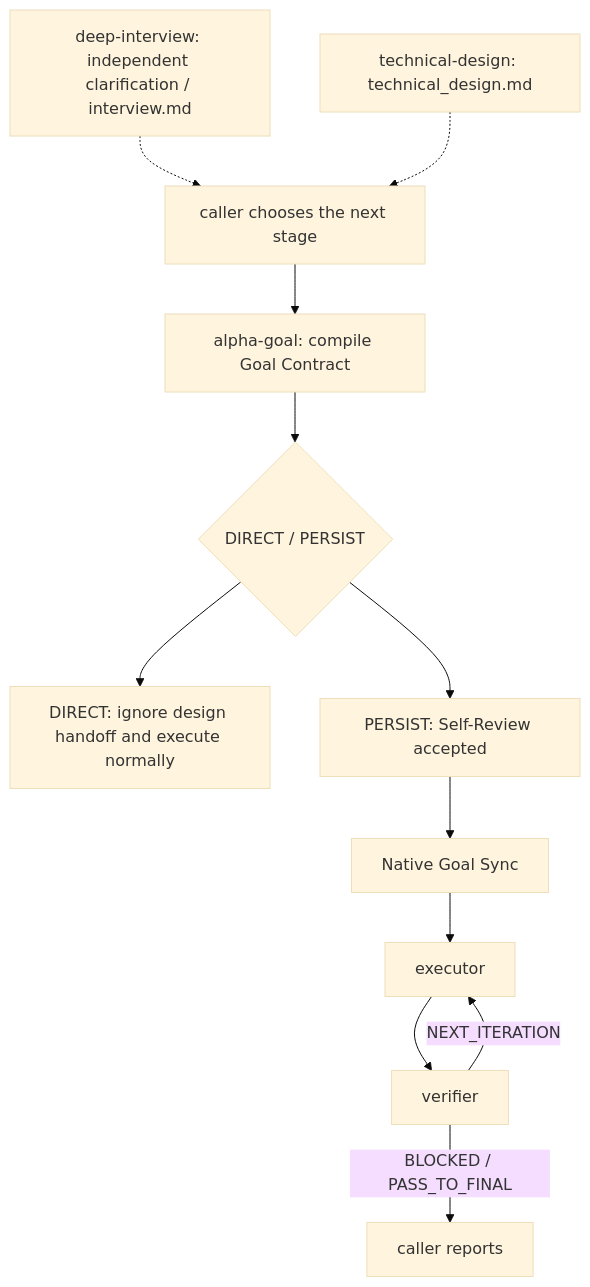
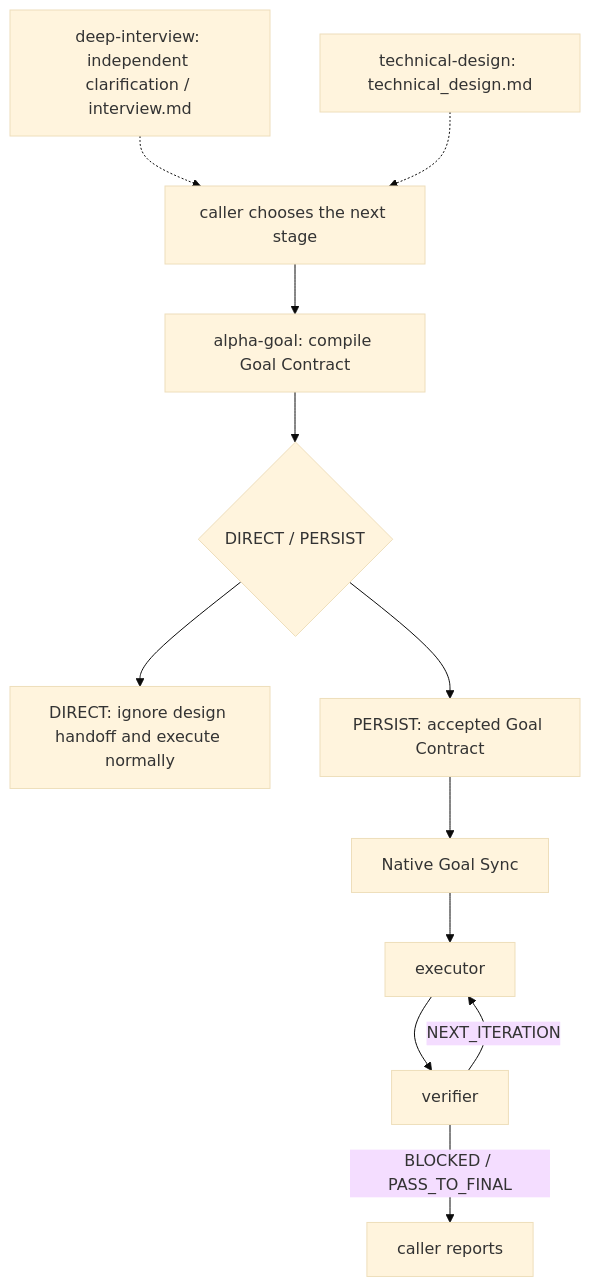
One commit to azhonglee/alpha-goal changed the diagram in README.en.md. Above: the diagram before and after it, drawn with Mermaid (base theme). The commit also changed other lines of this file and 10 other files, not shown here.

Commit message:
Simplify Goal Contract constraints

````diff
--- a/README.en.md
+++ b/README.en.md
@@ -42,14 +42,14 @@
 ```mermaid
 flowchart TD
   I["deep-interview: independent clarification / interview.md"] -.-> C["caller chooses the next stage"]
   T["technical-design: technical_design.md"] -.-> C
   C --> A["alpha-goal: compile Goal Contract"]
   A --> R{"DIRECT / PERSIST"}
   R --> D["DIRECT: ignore design handoff and execute normally"]
-  R --> P["PERSIST: Self-Review accepted"]
+  R --> P["PERSIST: accepted Goal Contract"]
   P --> S["Native Goal Sync"]
   S --> E["executor"]
   E --> V["verifier"]
   V -->|"NEXT_ITERATION"| E
   V -->|"BLOCKED / PASS_TO_FINAL"| F["caller reports"]
 ```
````
